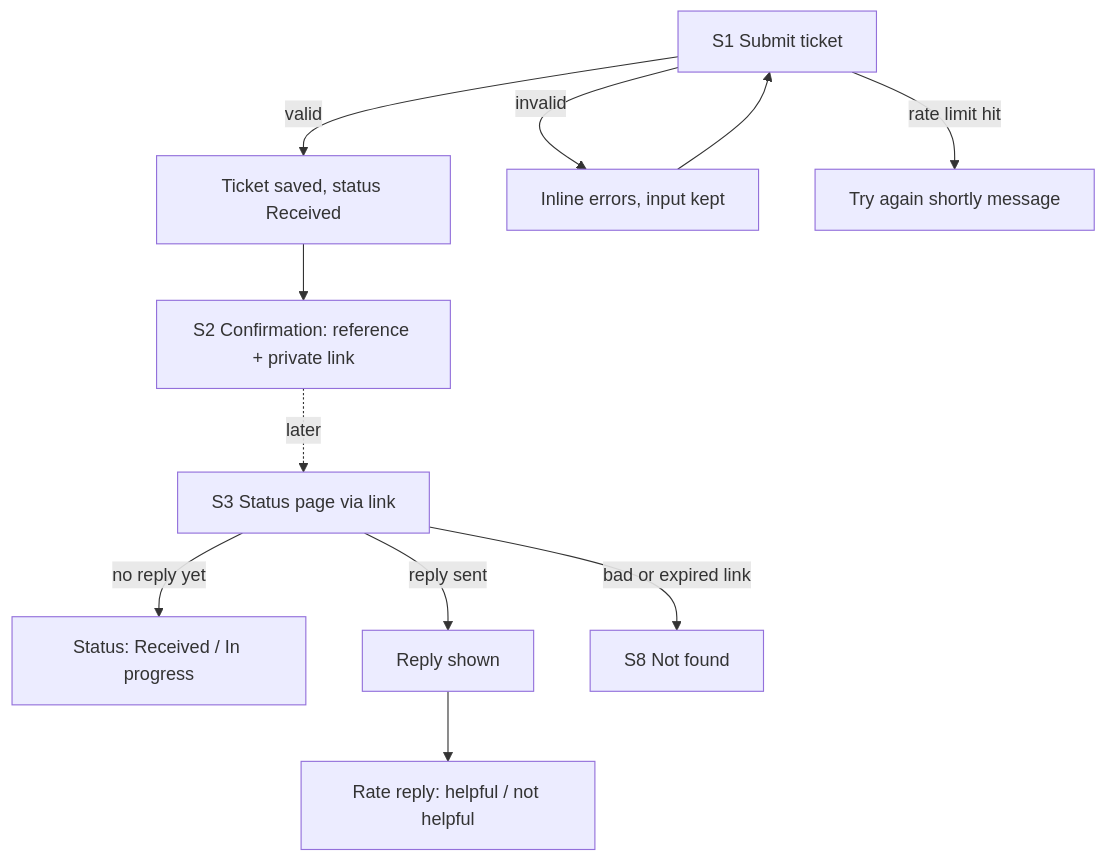
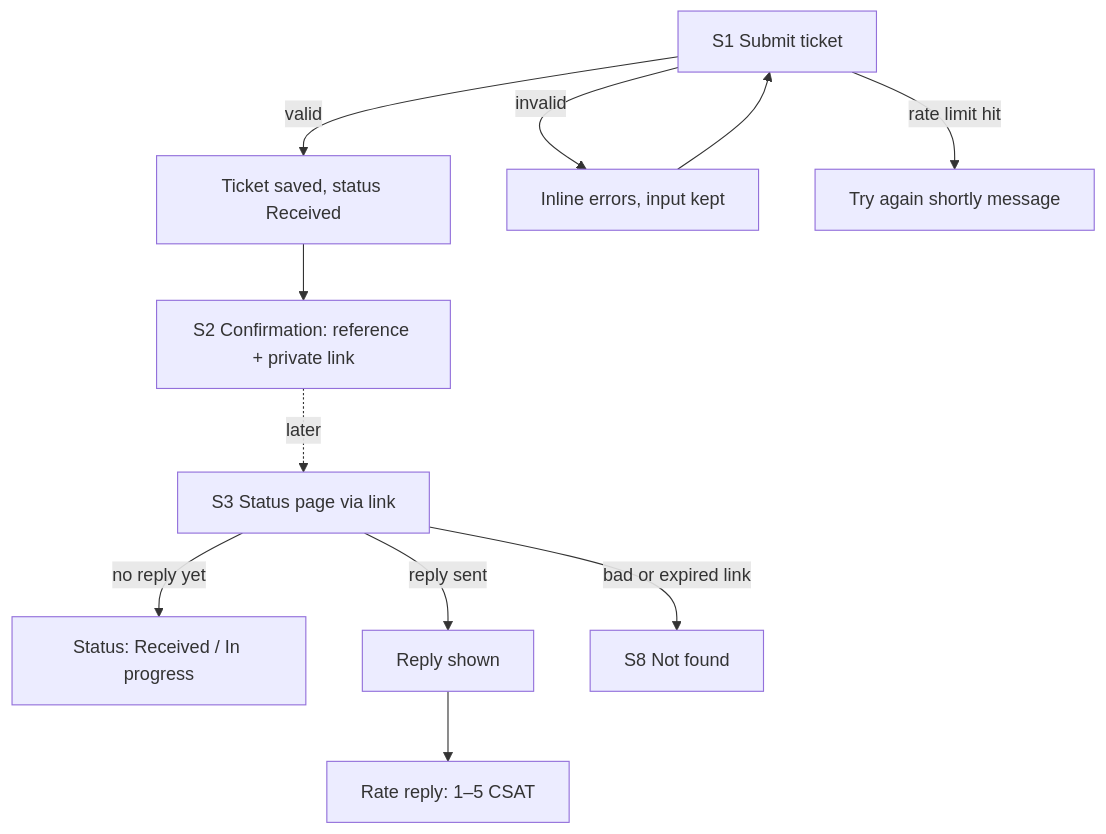
The first of 4 diagrams in docs/02-design/ux-spec.md (moulinath/helpdesk-ai), drawn with Mermaid before and after one commit. The commit also changed other lines of this file and 4 other files, not shown here.

````diff
--- a/docs/02-design/ux-spec.md
+++ b/docs/02-design/ux-spec.md
@@ -29,13 +29,13 @@
 ```mermaid
 flowchart TD
   A[S1 Submit ticket] -->|valid| B[Ticket saved, status Received]
   A -->|invalid| A1[Inline errors, input kept]
   A1 --> A
   A -->|rate limit hit| A2[Try again shortly message]
   B --> C[S2 Confirmation: reference + private link]
   C -.later.-> D[S3 Status page via link]
   D -->|no reply yet| D1[Status: Received / In progress]
   D -->|reply sent| E[Reply shown]
-  E --> F[Rate reply: helpful / not helpful]
+  E --> F[Rate reply: 1–5 CSAT]
   D -->|bad or expired link| G[S8 Not found]
 ```
````
